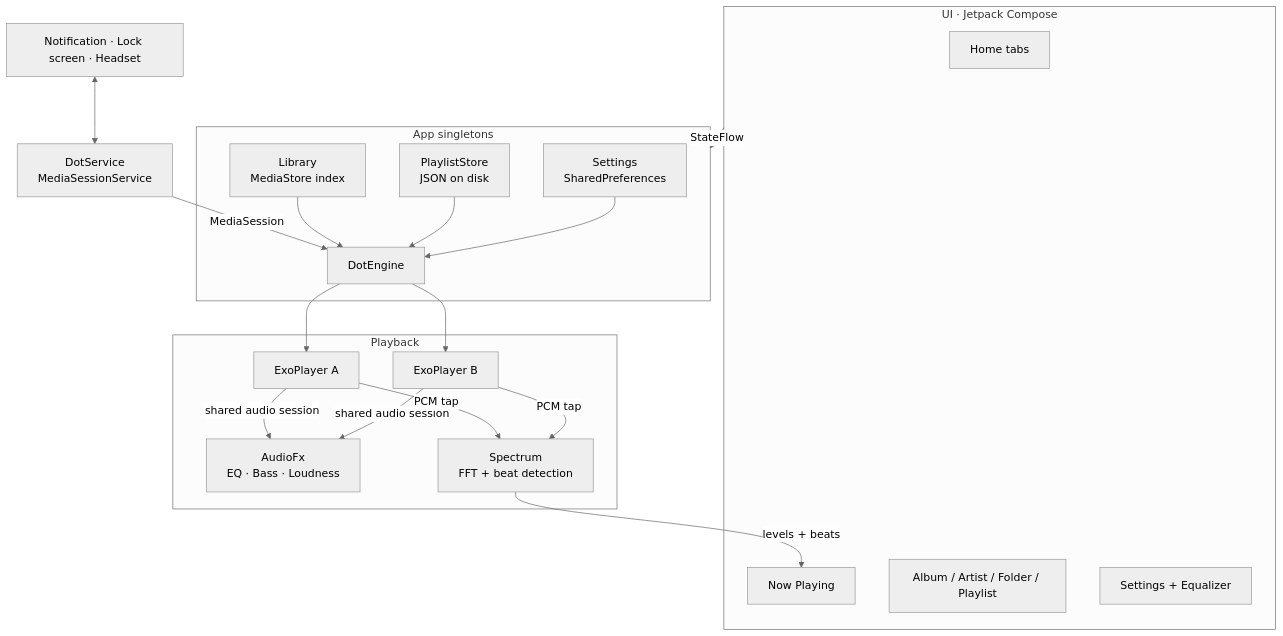
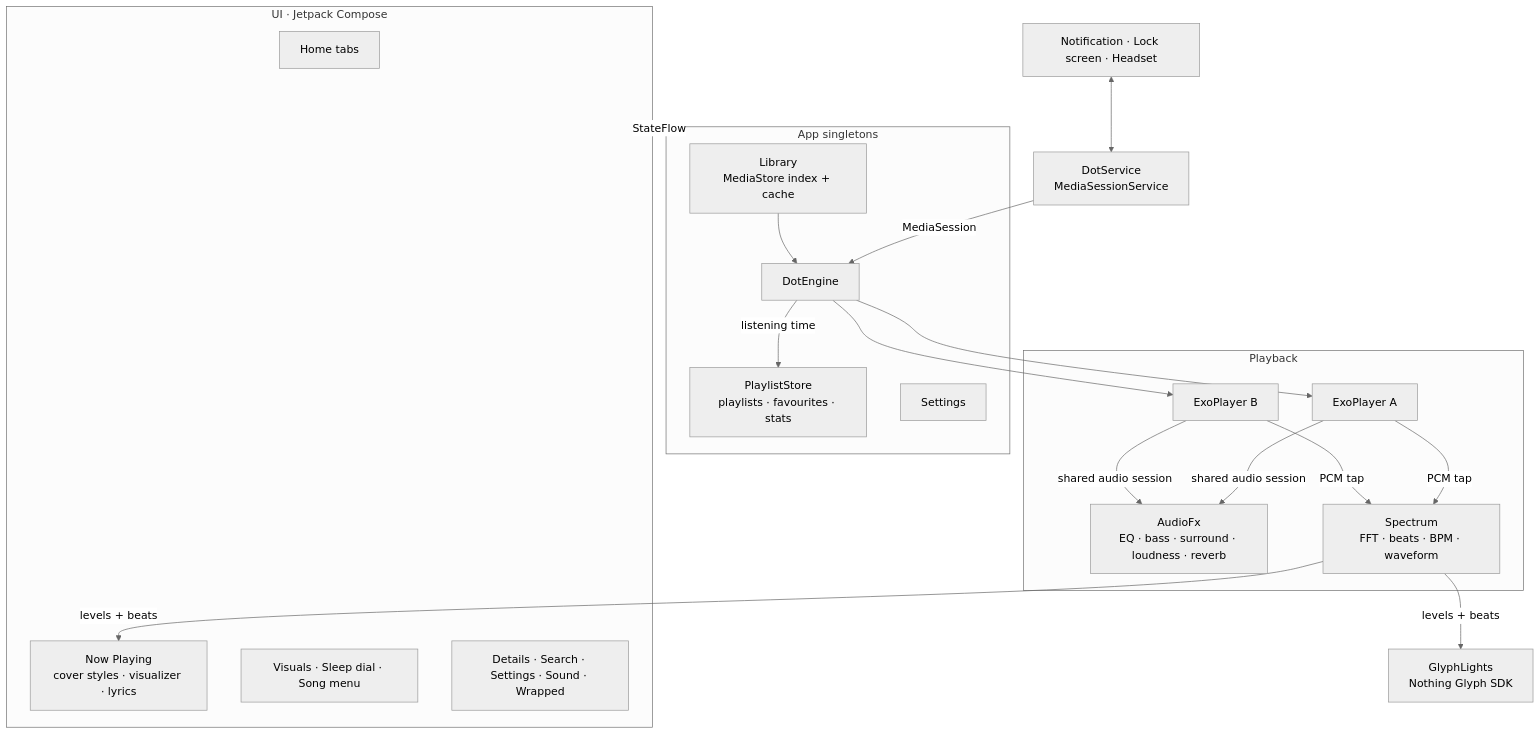
The first of 3 diagrams in README.md (ShahadatTest/dot), drawn with Mermaid (neutral theme) before and after one commit. The commit also changed other lines of this file, not shown here.

Commit message:
update readme with glyph, visuals, lyrics, wrapped and performance

````diff
--- a/README.md
+++ b/README.md
@@ -42,37 +82,38 @@
 ```mermaid
 flowchart TB
     subgraph UI["UI · Jetpack Compose"]
         Home["Home tabs"]
-        NP["Now Playing"]
-        Details["Album / Artist / Folder / Playlist"]
-        Settings["Settings + Equalizer"]
+        NP["Now Playing<br/>cover styles · visualizer · lyrics"]
+        Sheets["Visuals · Sleep dial · Song menu"]
+        Screens["Details · Search · Settings · Sound · Wrapped"]
     end
 
     subgraph Core["App singletons"]
-        Library["Library<br/>MediaStore index"]
-        Store["PlaylistStore<br/>JSON on disk"]
-        Prefs["Settings<br/>SharedPreferences"]
+        Library["Library<br/>MediaStore index + cache"]
+        Store["PlaylistStore<br/>playlists · favourites · stats"]
+        Prefs["Settings"]
         Engine["DotEngine"]
     end
 
     subgraph Audio["Playback"]
         P1["ExoPlayer A"]
         P2["ExoPlayer B"]
-        Fx["AudioFx<br/>EQ · Bass · Loudness"]
-        Spec["Spectrum<br/>FFT + beat detection"]
+        Fx["AudioFx<br/>EQ · bass · surround · loudness · reverb"]
+        Spec["Spectrum<br/>FFT · beats · BPM · waveform"]
     end
 
+    Glyph["GlyphLights<br/>Nothing Glyph SDK"]
     Service["DotService<br/>MediaSessionService"]
     System["Notification · Lock screen · Headset"]
 
     UI -->|StateFlow| Core
     Engine --> P1 & P2
     P1 & P2 -->|shared audio session| Fx
     P1 & P2 -->|PCM tap| Spec
     Spec -->|levels + beats| NP
+    Spec -->|levels + beats| Glyph
     Service -->|MediaSession| Engine
     System <--> Service
     Library --> Engine
-    Store --> Engine
-    Prefs --> Engine
+    Engine -->|listening time| Store
 ```
````
